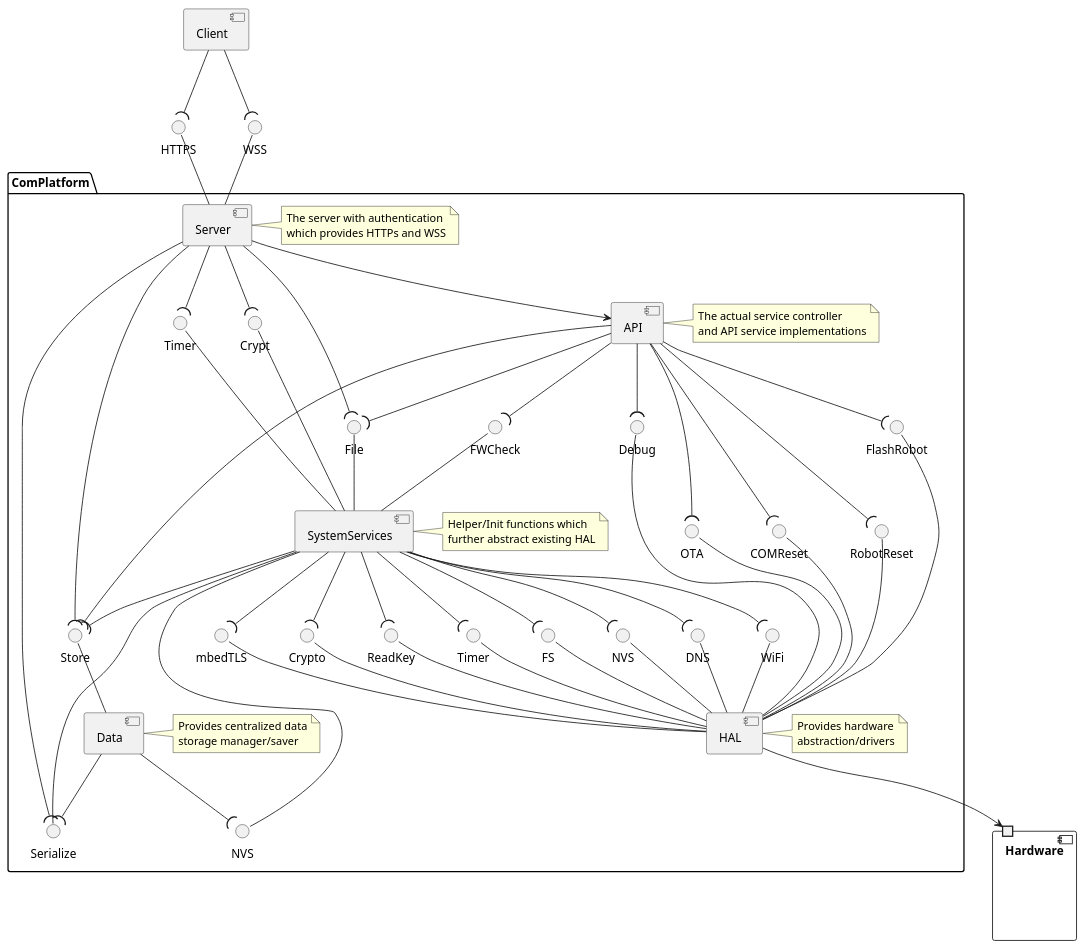
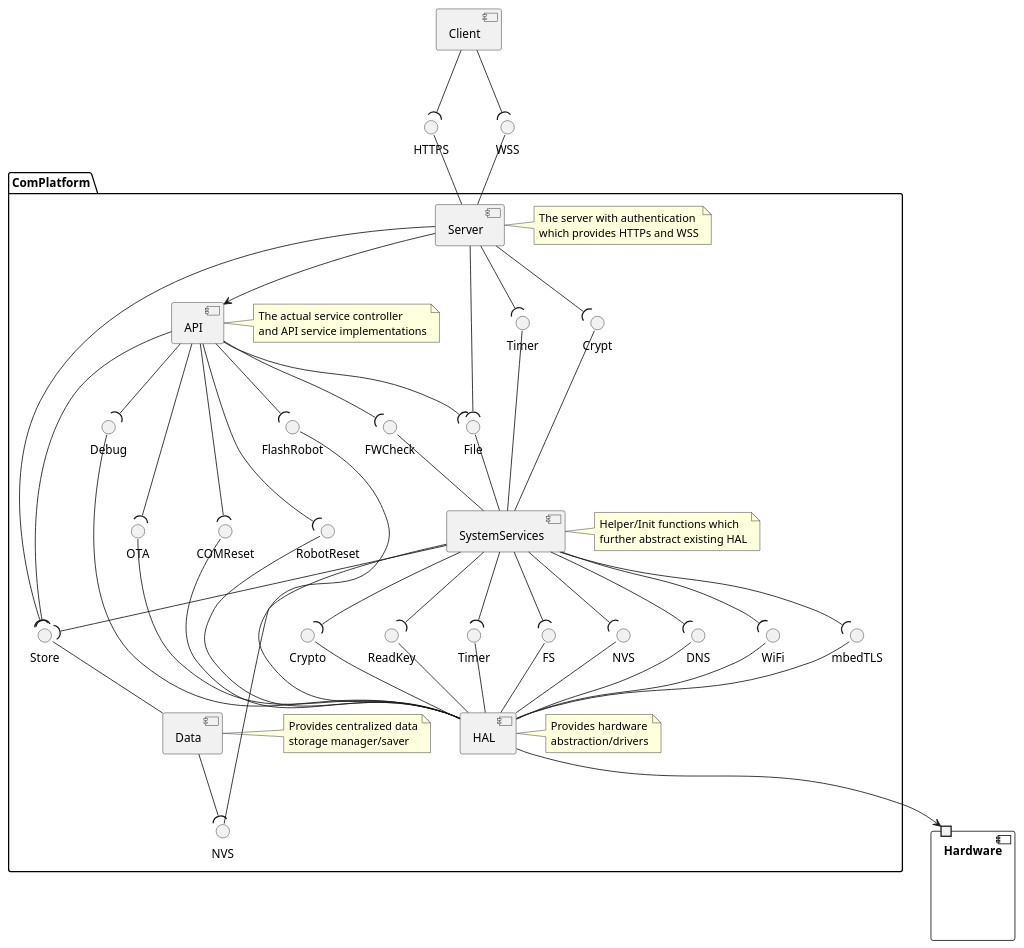
One commit to NewTec-GmbH/ZumoComSystem changed the diagram in doc/architecture/server/01_Server_Logical_ARCH.plantuml. Above: the diagram before and after it, drawn with PlantUML. The commit also changed 17 other files, not shown here.

```diff
--- a/doc/architecture/server/01_Server_Logical_ARCH.plantuml
+++ b/doc/architecture/server/01_Server_Logical_ARCH.plantuml
@@ -1,111 +1,107 @@
 @startuml
 interface "WSS" as WSS
 interface "HTTPS" as HTTPS
 
 component "Client" as client {
     client -down-(WSS
     client -down-(HTTPS
 }
 
 component "Hardware" as hardware {
     port " " as hardwareport
 }
 
 package ComPlatform {
     interface "NVS" as nvshalinterface
     interface "Debug" as Debug
     interface "FlashRobot" as FlashRobot
     interface "RobotReset" as RobotReset
     interface "COMReset" as ComReset
     interface "ReadKey" as ReadKey
     interface "Crypto" as Crypto
     interface "mbedTLS" as mbedtls
     interface "WiFi" as WiFi
     interface "DNS" as DNS
     interface "FS" as FS
     interface "OTA" as ota
     interface "Timer" as timer
 
     component "HAL" as hal {
         hal -up- Debug
         hal -up- FlashRobot
         hal -up- RobotReset
         hal -up- ComReset
         hal -up- ReadKey
         hal -up- Crypto
         hal -up- mbedtls
         hal -up- WiFi
         hal -up- DNS
         hal -up- nvshalinterface
         hal -up- FS
         hal -up- ota
         hal -up- timer
 
         hal -down-> hardwareport
     }
     note right of hal : Provides hardware\nabstraction/drivers
 
     interface "FWCheck" as FWCheck
-    interface "Serialize" as Serialize
     interface "File" as File
     interface "Crypt" as Crypt
     interface "NVS" as nvs
     interface "Timer" as Timer
 
     interface "Store" as Store
 
     component "Data" as data {
         data -up- Store
 
-        data -down-(Serialize
         data -down-(nvs
     }
     note right of data : Provides centralized data\nstorage manager/saver
 
     component "API" as api {
         api -down-(File
         api -down-(ota
         api -down-(Store
         api -down-(FWCheck
         api -down-(ComReset
         api -down-(Debug
         api -down-(RobotReset
         api -down-(FlashRobot
     }
     note right of api : The actual service controller\nand API service implementations
 
     component "Server" as server {
         server -up- WSS
         server -up- HTTPS
 
         server -down-(File
-        server -down-(Serialize
         server -down-(Store
         server -down-(Crypt
         server -down-(Timer
 
         server --> api
     }
     note right of server : The server with authentication\nwhich provides HTTPs and WSS
 
     component "SystemServices" as systemservices {
         systemservices -up- FWCheck
-        systemservices -up- Serialize
         systemservices -up- File
         systemservices -up- Crypt
         systemservices -up- nvs
         systemservices -up- Timer
 
         systemservices -down-(ReadKey
         systemservices -down-(Crypto
         systemservices -down-(mbedtls
         systemservices -down-(FS
         systemservices -down-(WiFi
         systemservices -down-(DNS
         systemservices -down-(nvshalinterface
         systemservices -down-(Store
         systemservices -down-(timer
     }
     note right of systemservices : Helper/Init functions which\nfurther abstract existing HAL
 }
 @enduml
```
